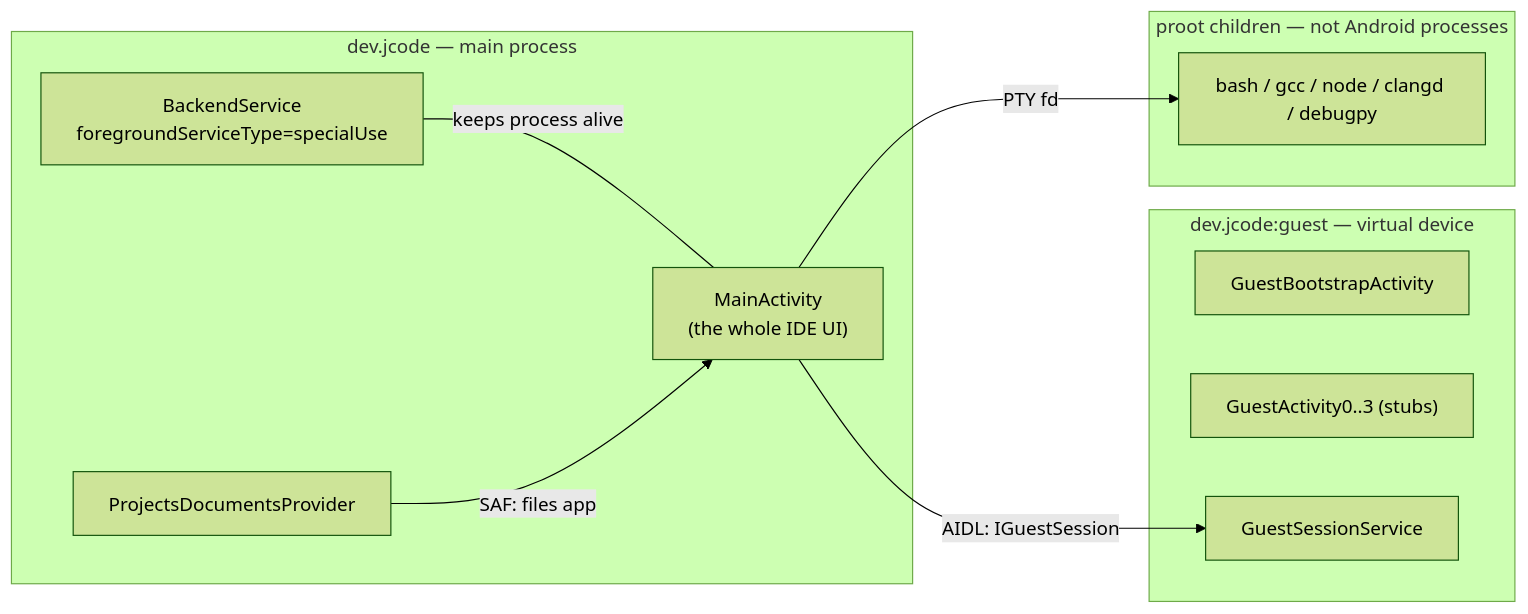
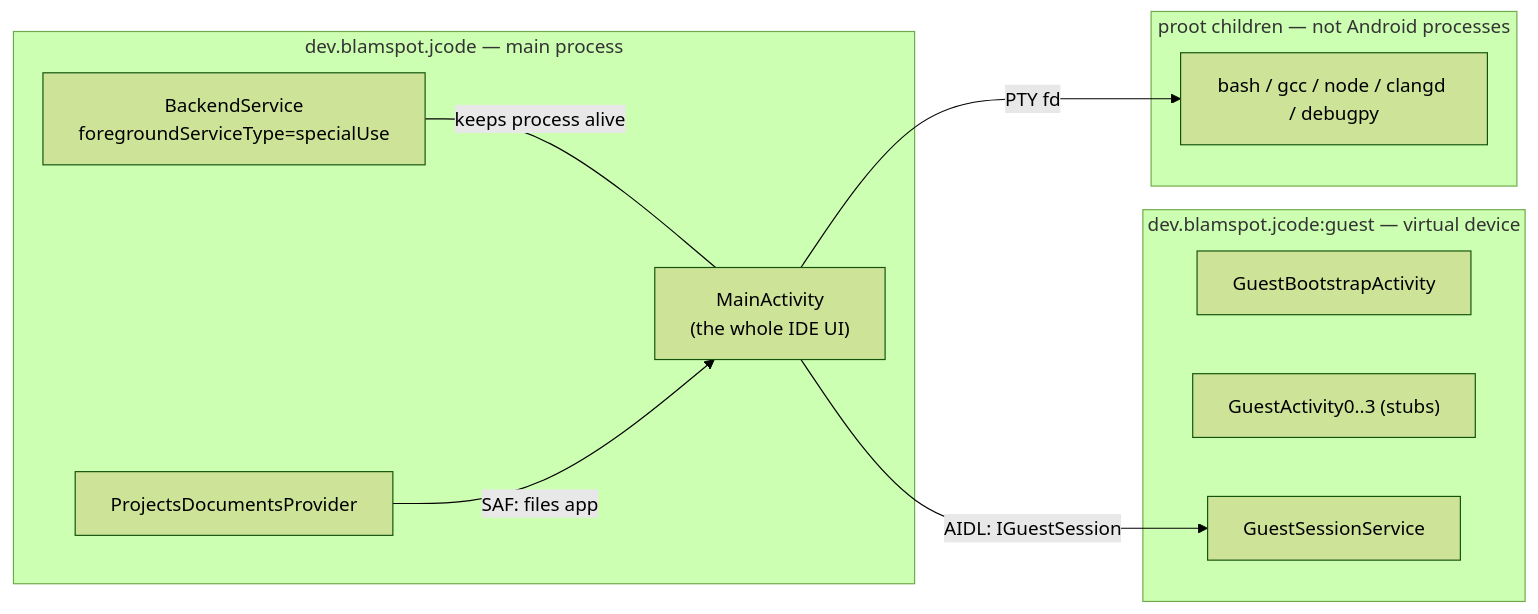
One commit to blamspotdev/j-code-android changed the second of 2 diagrams in docs/specifications/01-architecture/01-system-architecture.md. Above: the diagram before and after it, drawn with Mermaid (forest theme). The commit also changed other lines of this file and 848 other files, not shown here.

First line of the commit message:
Move the app to dev.blamspot.jcode (#63)

````diff
--- a/docs/specifications/01-architecture/01-system-architecture.md
+++ b/docs/specifications/01-architecture/01-system-architecture.md
@@ -81,23 +81,23 @@
 ```mermaid
 flowchart LR
-    subgraph P1["dev.jcode — main process"]
+    subgraph P1["dev.blamspot.jcode — main process"]
         MA["MainActivity<br/>(the whole IDE UI)"]
         BS["BackendService<br/>foregroundServiceType=specialUse"]
         PDP["ProjectsDocumentsProvider"]
     end
 
-    subgraph P2["dev.jcode:guest — virtual device"]
+    subgraph P2["dev.blamspot.jcode:guest — virtual device"]
         GB["GuestBootstrapActivity"]
         GA["GuestActivity0..3 (stubs)"]
         GS["GuestSessionService"]
     end
 
     subgraph P3["proot children — not Android processes"]
         SH["bash / gcc / node / clangd / debugpy"]
     end
 
     MA -- "AIDL: IGuestSession" --> GS
     MA -- "PTY fd" --> SH
     BS -- "keeps process alive" --- MA
     PDP -- "SAF: files app" --> MA
 ```
````
